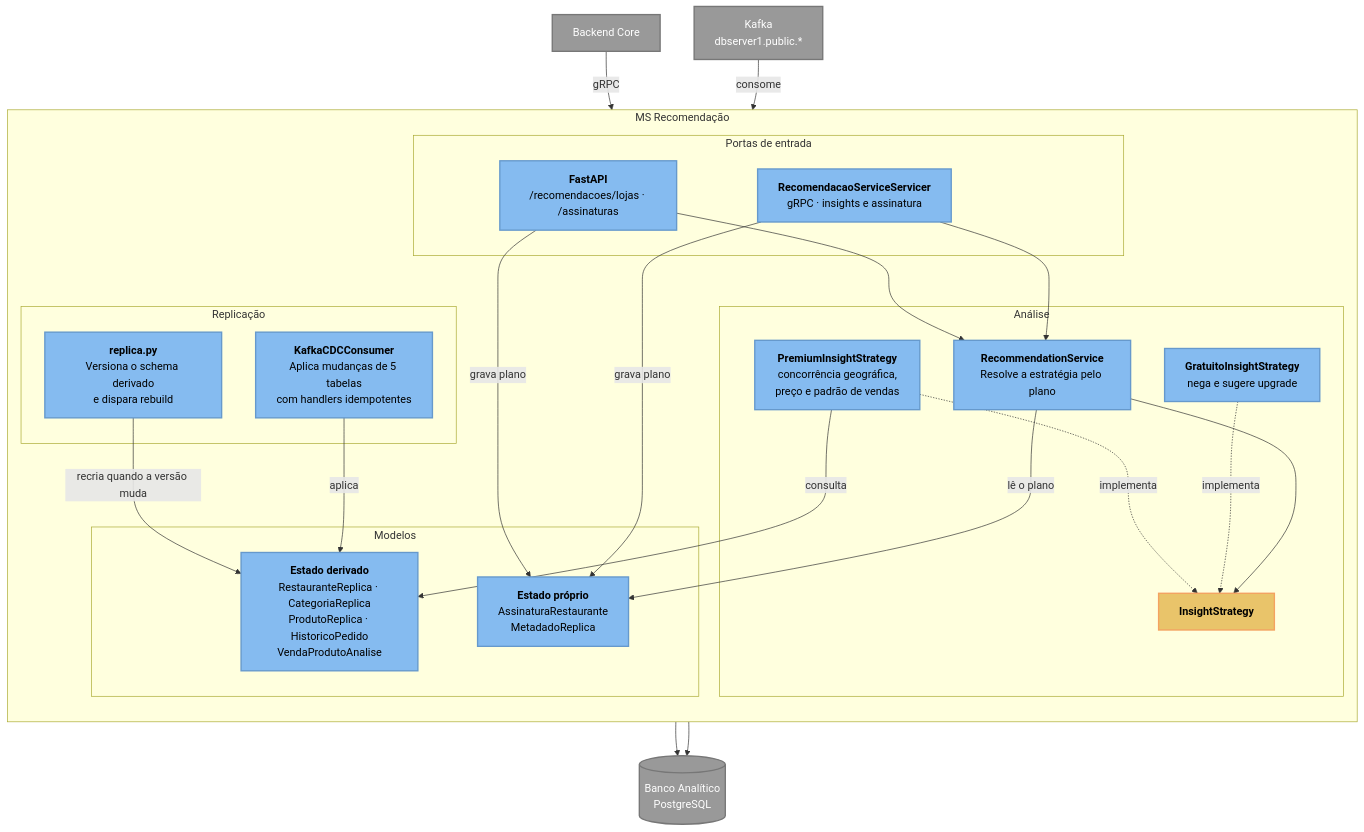
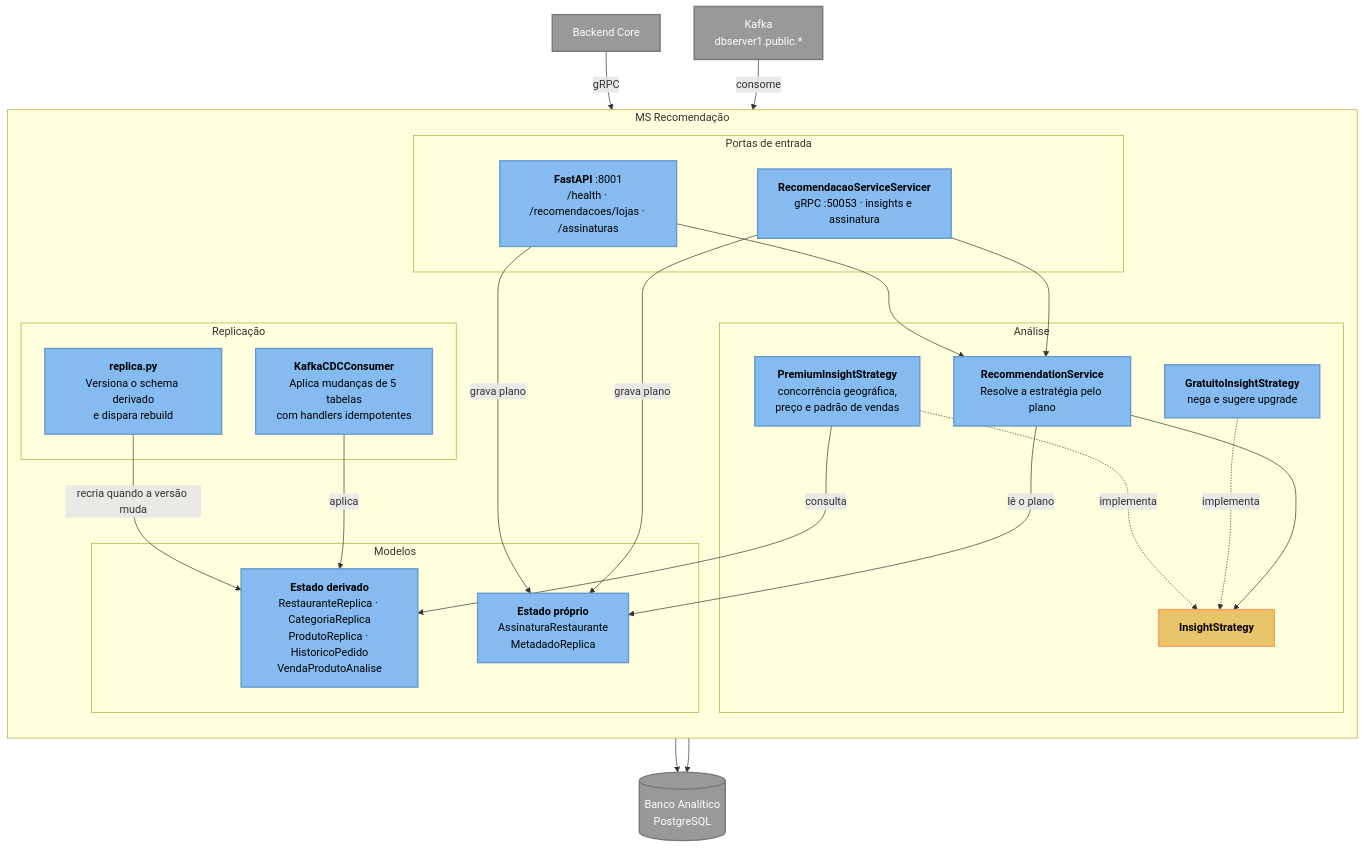
The diagram in docs/diagramas/c3/ms-recomendacao.md (arthurair3s/arquitetura-de-software), drawn with Mermaid before and after one commit. The commit also changed 6 other files, not shown here.

````diff
--- a/docs/diagramas/c3/ms-recomendacao.md
+++ b/docs/diagramas/c3/ms-recomendacao.md
@@ -9,52 +9,52 @@
 ```mermaid
 graph TB
     classDef comp fill:#85bbf0,stroke:#6699cc,stroke-width:2px,color:#000;
     classDef port fill:#e9c46a,stroke:#f4a261,stroke-width:2px,color:#000;
     classDef ext fill:#999999,stroke:#777777,stroke-width:2px,color:#fff;
 
     api["Backend Core"]:::ext
     kafka["Kafka<br>dbserver1.public.*"]:::ext
     pg[("Banco Analítico<br>PostgreSQL")]:::ext
 
     subgraph svc ["MS Recomendação"]
         direction TB
 
         subgraph entrada ["Portas de entrada"]
-            grpcsvc["<b>RecomendacaoServiceServicer</b><br>gRPC · insights e assinatura"]:::comp
-            http["<b>FastAPI</b><br>/recomendacoes/lojas · /assinaturas"]:::comp
+            grpcsvc["<b>RecomendacaoServiceServicer</b><br>gRPC :50053 · insights e assinatura"]:::comp
+            http["<b>FastAPI</b> :8001<br>/health · /recomendacoes/lojas · /assinaturas"]:::comp
         end
 
         subgraph replicacao ["Replicação"]
             cdc["<b>KafkaCDCConsumer</b><br>Aplica mudanças de 5 tabelas<br>com handlers idempotentes"]:::comp
             rep["<b>replica.py</b><br>Versiona o schema derivado<br>e dispara rebuild"]:::comp
         end
 
         subgraph analise ["Análise"]
             svcRec["<b>RecommendationService</b><br>Resolve a estratégia pelo plano"]:::comp
             iStrat["<b>InsightStrategy</b>"]:::port
             gratis["<b>GratuitoInsightStrategy</b><br>nega e sugere upgrade"]:::comp
             premium["<b>PremiumInsightStrategy</b><br>concorrência geográfica,<br>preço e padrão de vendas"]:::comp
         end
 
         subgraph modelos ["Modelos"]
             derivado["<b>Estado derivado</b><br>RestauranteReplica · CategoriaReplica<br>ProdutoReplica · HistoricoPedido<br>VendaProdutoAnalise"]:::comp
             proprio["<b>Estado próprio</b><br>AssinaturaRestaurante<br>MetadadoReplica"]:::comp
         end
     end
 
     api -->|"gRPC"| grpcsvc
     kafka -->|"consome"| cdc
     cdc -->|"aplica"| derivado
     rep -->|"recria quando a versão muda"| derivado
     grpcsvc --> svcRec
     http --> svcRec
     grpcsvc -->|"grava plano"| proprio
     http -->|"grava plano"| proprio
     svcRec -->|"lê o plano"| proprio
     svcRec --> iStrat
     gratis -.->|"implementa"| iStrat
     premium -.->|"implementa"| iStrat
     premium -->|"consulta"| derivado
     derivado --> pg
     proprio --> pg
 ```
````
